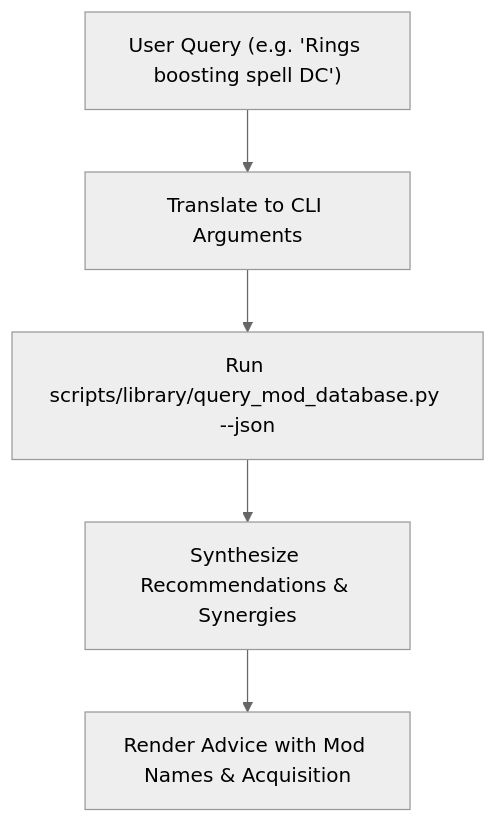
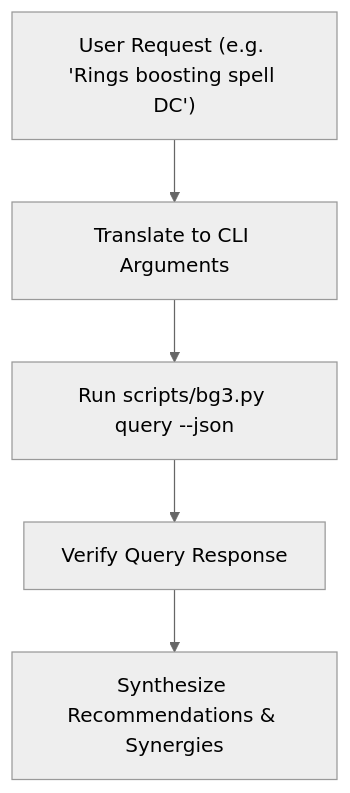
One commit to jpelton-stroud/bg3-mod-studio changed the diagram in .agents/skills/bg3-query-gear/SKILL.md. Above: the diagram before and after it, drawn with Mermaid (neutral theme). The commit also changed other lines of this file and 33 other files, not shown here.

````diff
--- a/.agents/skills/bg3-query-gear/SKILL.md
+++ b/.agents/skills/bg3-query-gear/SKILL.md
@@ -26,7 +17,7 @@
 ```mermaid
 flowchart TD
-    UserQuery["User Query (e.g. 'Rings boosting spell DC')"] --> Translate["Translate to CLI Arguments"]
-    Translate --> Query["Run scripts/library/query_mod_database.py --json"]
-    Query --> Synthesize["Synthesize Recommendations & Synergies"]
-    Synthesize --> Respond["Render Advice with Mod Names & Acquisition"]
+    UserQuery["User Request (e.g. 'Rings boosting spell DC')"] --> Translate["Translate to CLI Arguments"]
+    Translate --> Query["Run scripts/bg3.py query --json"]
+    Query --> Verify["Verify Query Response"]
+    Verify --> Synthesize["Synthesize Recommendations & Synergies"]
 ```
````
